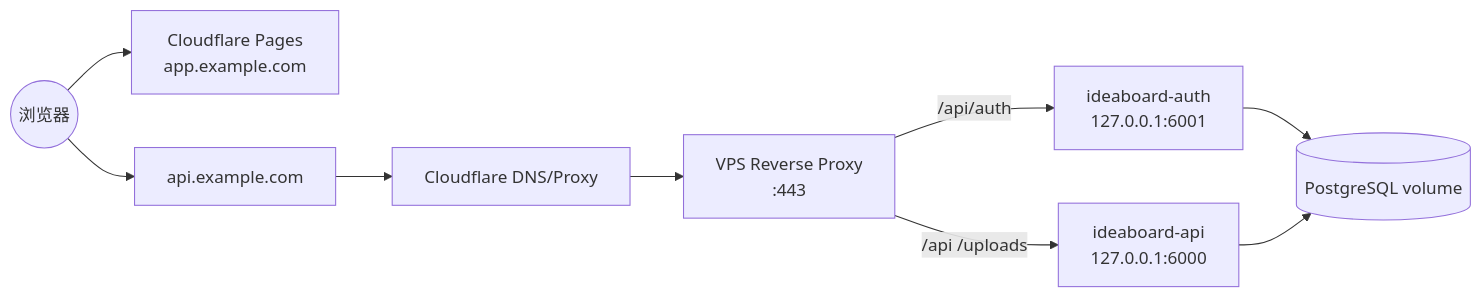
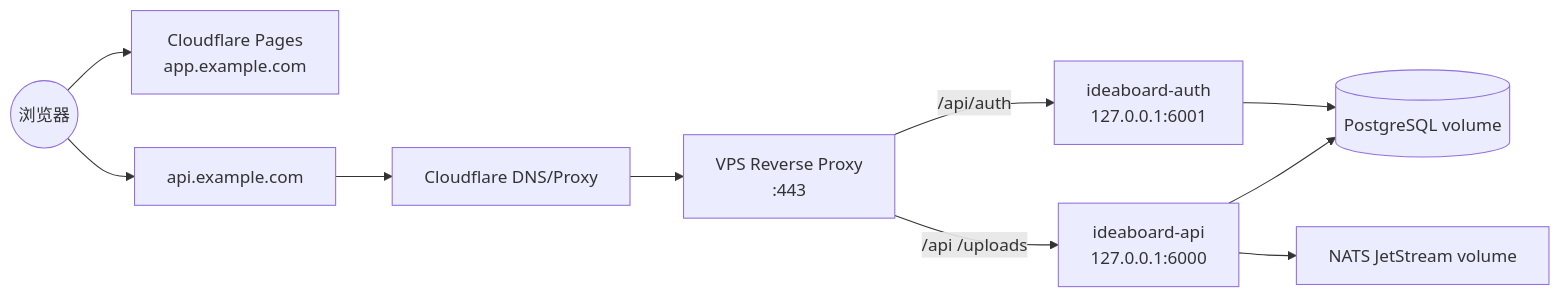
One commit to Ericsunsk/IdeaBoard changed the diagram in DEPLOYMENT.md. Above: the diagram before and after it, drawn with Mermaid. The commit also changed other lines of this file and 5 other files, not shown here.

````diff
--- a/DEPLOYMENT.md
+++ b/DEPLOYMENT.md
@@ -40,11 +35,12 @@
 ```mermaid
 graph LR
     Browser((浏览器)) --> Pages["Cloudflare Pages<br>app.example.com"]
     Browser --> ApiDomain["api.example.com"]
     ApiDomain --> CFProxy["Cloudflare DNS/Proxy"]
     CFProxy --> EdgeProxy["VPS Reverse Proxy<br>:443"]
     EdgeProxy -- "/api/auth" --> Auth["ideaboard-auth<br>127.0.0.1:6001"]
     EdgeProxy -- "/api /uploads" --> API["ideaboard-api<br>127.0.0.1:6000"]
     Auth --> Postgres[("PostgreSQL volume")]
     API --> Postgres
+    API --> NATS["NATS JetStream volume"]
 ```
````
